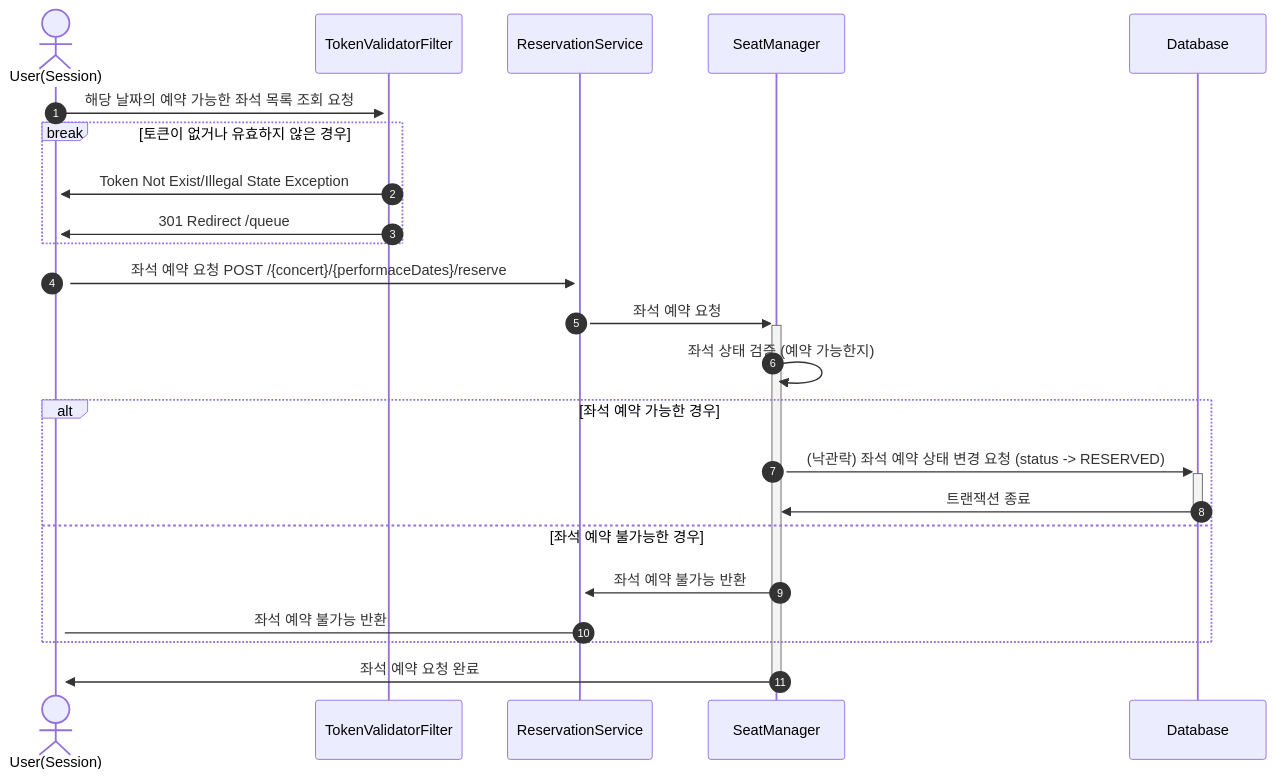
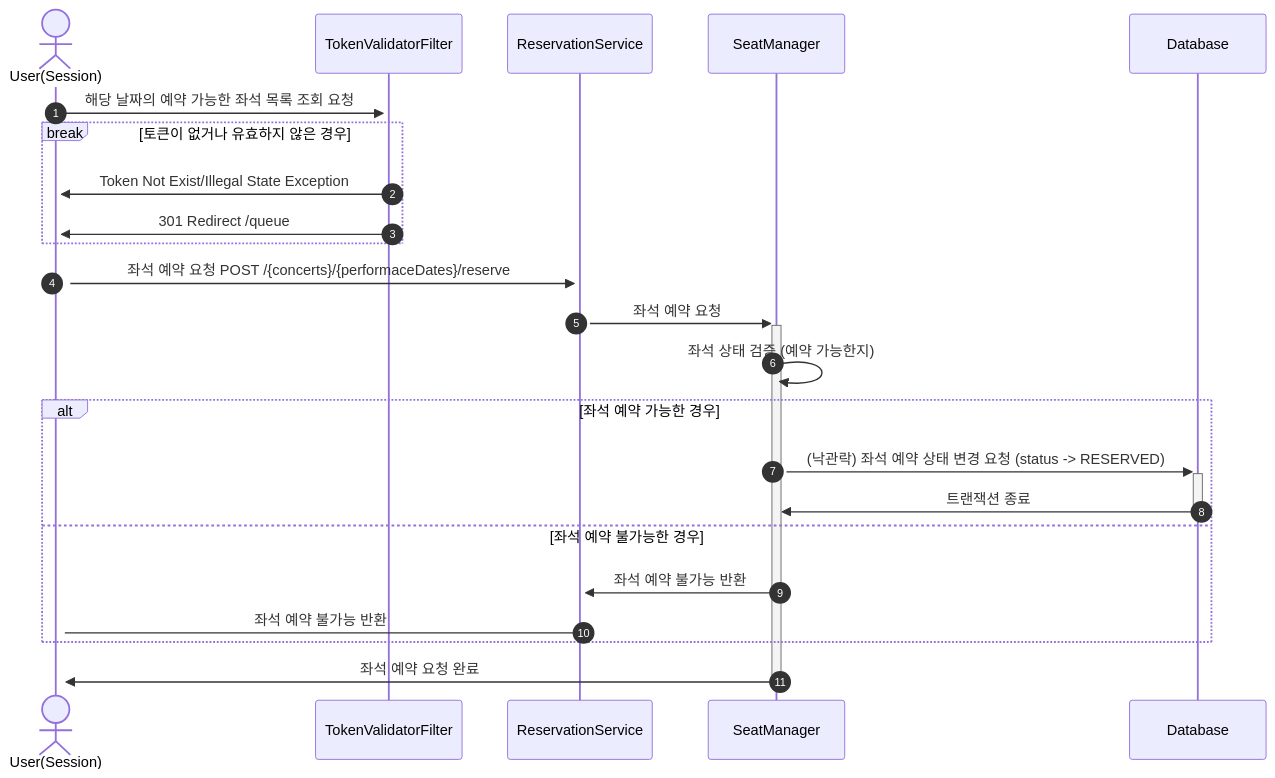
The fourth of 7 diagrams in docs/markdown/2.시퀀스 다이어그램.md (hpp-backend-15/java-concert-joonhyeokyang), drawn with Mermaid before and after one commit. The commit also changed 1 other file, not shown here.

Commit message:
docs: url 변경

````diff
--- a/docs/markdown/2.시퀀스 다이어그램.md
+++ b/docs/markdown/2.시퀀스 다이어그램.md
@@ -75,26 +75,26 @@
 ```mermaid
 sequenceDiagram
     autonumber
     actor u as User(Session)
     participant tvf as TokenValidatorFilter
     participant rs as ReservationService
     participant sm as SeatManager
     participant db as Database
     u ->>+ tvf: 해당 날짜의 예약 가능한 좌석 목록 조회 요청
     break 토큰이 없거나 유효하지 않은 경우
         tvf ->>+ u: Token Not Exist/Illegal State Exception
         tvf ->>+ u: 301 Redirect /queue
     end
 
-    u ->>+ rs: 좌석 예약 요청 POST /{concert}/{performaceDates}/reserve
+    u ->>+ rs: 좌석 예약 요청 POST /{concerts}/{performaceDates}/reserve
     rs ->>+ sm: 좌석 예약 요청
     sm ->> sm: 좌석 상태 검증 (예약 가능한지)
     alt 좌석 예약 가능한 경우
         sm ->>+ db: (낙관락) 좌석 예약 상태 변경 요청 (status -> RESERVED)
         db ->>- sm: 트랜잭션 종료
     else 좌석 예약 불가능한 경우
         sm ->> rs: 좌석 예약 불가능 반환
         rs -> u: 좌석 예약 불가능 반환
     end
     sm ->>- u: 좌석 예약 요청 완료
 ```
````
